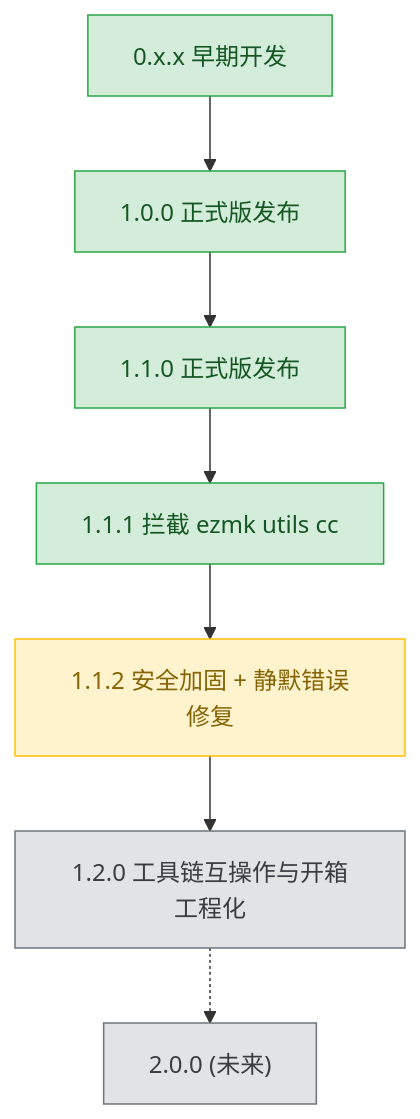
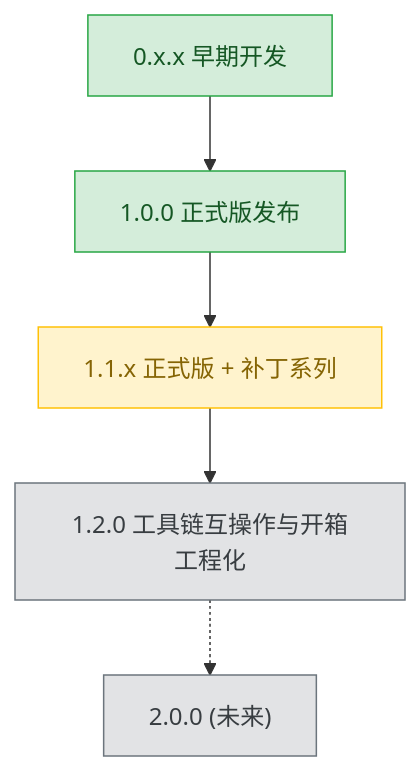
The diagram in plans/README.md (3667808244/EazyMake), drawn with Mermaid before and after one commit. The commit also changed other lines of this file and 22 other files, not shown here.

````diff
--- a/plans/README.md
+++ b/plans/README.md
@@ -62,25 +56,21 @@
 ```mermaid
 graph TD
     v0xx["0.x.x 早期开发"]
     v100["1.0.0 正式版发布"]
-    v110["1.1.0 正式版发布"]
-    v111["1.1.1 拦截 ezmk utils cc"]
-    v112["1.1.2 安全加固 + 静默错误修复"]
+    v11x["1.1.x 正式版 + 补丁系列"]
     v120["1.2.0 工具链互操作与开箱工程化"]
     v200["2.0.0 (未来)"]
 
     v0xx --> v100
-    v100 --> v110
-    v110 --> v111
-    v111 --> v112
-    v112 --> v120
+    v100 --> v11x
+    v11x --> v120
     v120 -.-> v200
 
     classDef done fill:#d4edda,stroke:#28a745,color:#155724;
     classDef active fill:#fff3cd,stroke:#ffc107,color:#856404;
     classDef todo fill:#e2e3e5,stroke:#6c757d,color:#383d41;
 
-    class v0xx,v100,v110,v111 done;
-    class v112 active;
+    class v0xx,v100 done;
+    class v11x active;
     class v120,v200 todo;
 ```
````
